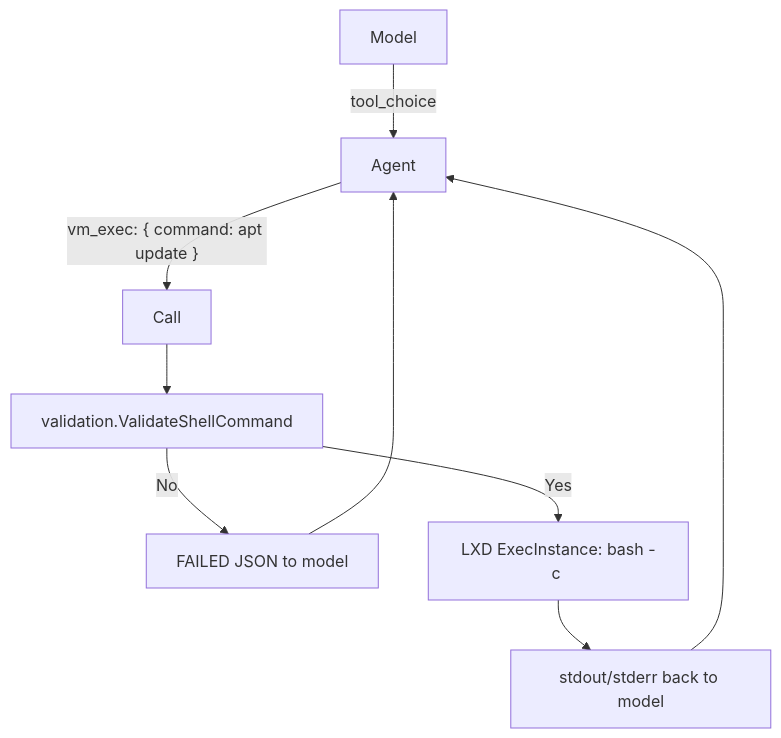
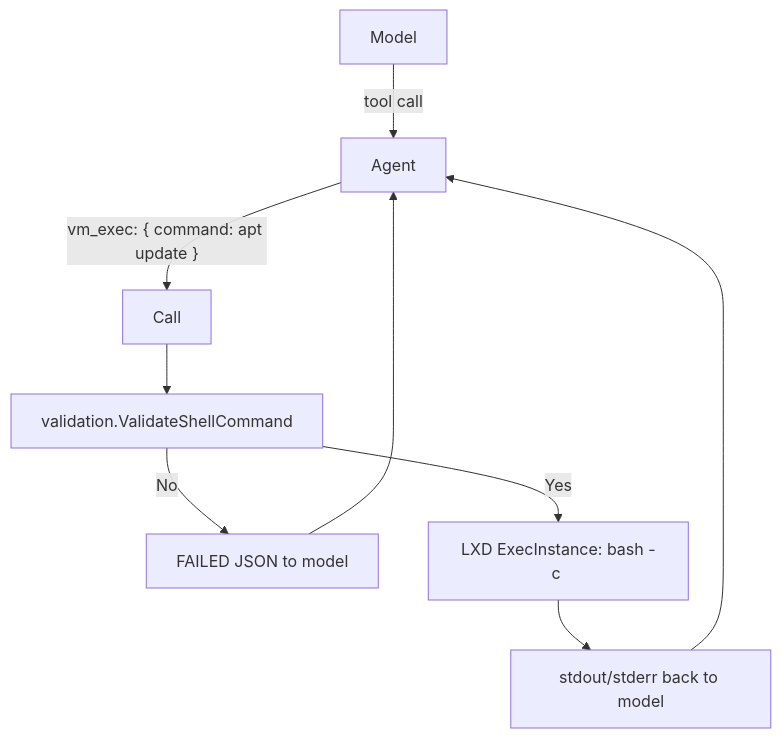
Before and after one commit to trollLemon/MPHarness: the second of 2 diagrams in docs/reference/arch.md, drawn with Mermaid. The commit also changed other lines of this file and 34 other files, not shown here.

````diff
--- a/docs/reference/arch.md
+++ b/docs/reference/arch.md
@@ -83,11 +83,11 @@
 ```mermaid
 flowchart TD
-    A[Model] -->|tool_choice| B[Agent]
+    A[Model] -->|tool call| B[Agent]
     B -->|"vm_exec: { command: apt update }"| C[Call]
     C --> D[validation.ValidateShellCommand]
     D -->|No| E[FAILED JSON to model]
     D -->|Yes| F["LXD ExecInstance: bash -c <cmd>"]
     F --> G[stdout/stderr back to model]
     E --> B
     G --> B
 ```
````
